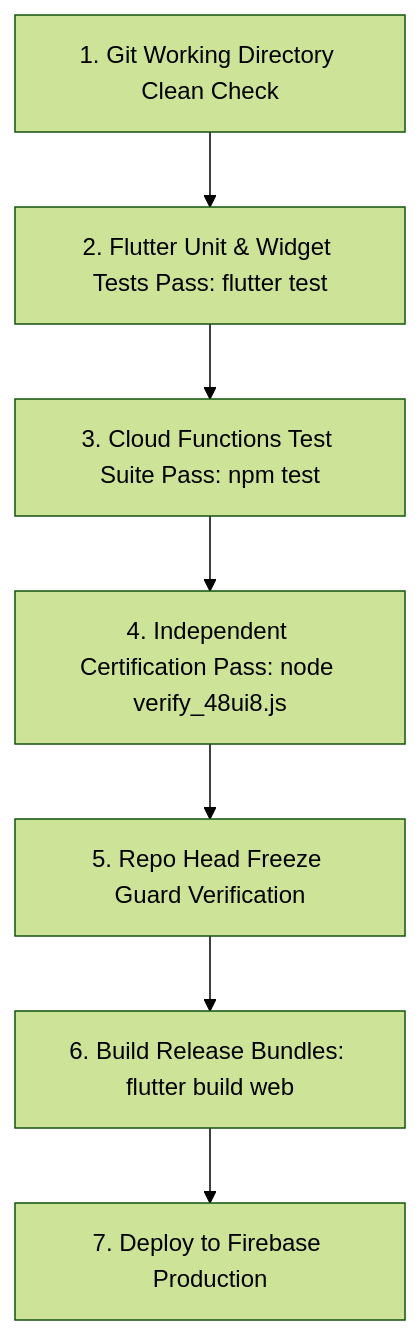
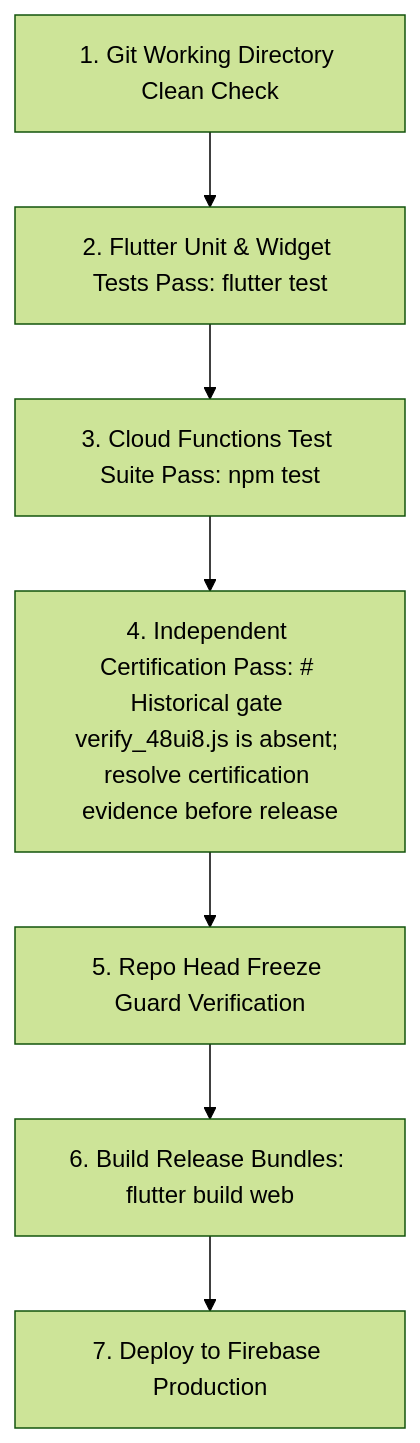
The second of 3 diagrams in docs/rankcrackers_book/16_engineering_operations_testing_and_deployment.md (rankcrackersofficial-sys/RankCrackers), drawn with Mermaid (forest theme) before and after one commit. The commit also changed other lines of this file and 39 other files, not shown here.

````diff
--- a/docs/rankcrackers_book/16_engineering_operations_testing_and_deployment.md
+++ b/docs/rankcrackers_book/16_engineering_operations_testing_and_deployment.md
@@ -343,9 +348,9 @@
 ```mermaid
 flowchart TD
     Step1[1. Git Working Directory Clean Check] --> Step2[2. Flutter Unit & Widget Tests Pass: flutter test]
     Step2 --> Step3[3. Cloud Functions Test Suite Pass: npm test]
-    Step3 --> Step4[4. Independent Certification Pass: node verify_48ui8.js]
+    Step3 --> Step4[4. Independent Certification Pass: # Historical gate verify_48ui8.js is absent; resolve certification evidence before release]
     Step4 --> Step5[5. Repo Head Freeze Guard Verification]
     Step5 --> Step6[6. Build Release Bundles: flutter build web]
     Step6 --> Step7[7. Deploy to Firebase Production]
 ```
````
